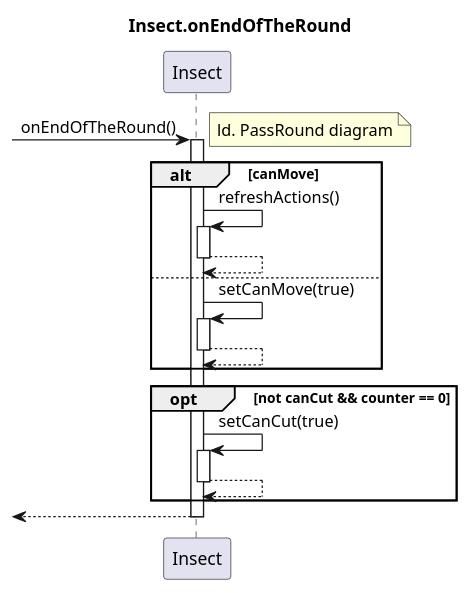
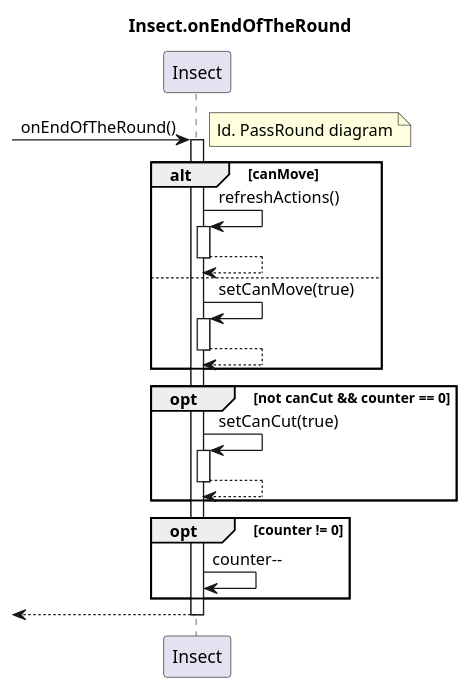
One commit to dzsem/projlab changed the diagram in diagrams/sequence/insect/onEndOfTheRound.plantuml. Above: the diagram before and after it, drawn with PlantUML. The commit also changed 2 other files, not shown here.

Commit message:
Add pseudocodes for insect, update onEndOfTheRound diagram to reflect main

```diff
--- a/diagrams/sequence/insect/onEndOfTheRound.plantuml
+++ b/diagrams/sequence/insect/onEndOfTheRound.plantuml
@@ -1,36 +1,40 @@
 @startuml Insect.onEndOfTheRound
 
 title Insect.onEndOfTheRound
 
 participant "Insect" as i
 
 -> i: onEndOfTheRound()
 note right: ld. PassRound diagram
 activate i
 
 alt canMove
 	i -> i: refreshActions()
 	activate i
 
 	i --> i
 	deactivate i
 else
 	i -> i: setCanMove(true)
 	activate i
 
 	i --> i
 	deactivate i
 end
 
 opt not canCut && counter == 0
 	i -> i: setCanCut(true)
 	activate i
 
 	i --> i
 	deactivate i
 end
 
+opt counter != 0
+	i -> i: counter--
+end
+
 <-- i
 deactivate i
 
 @enduml
```
